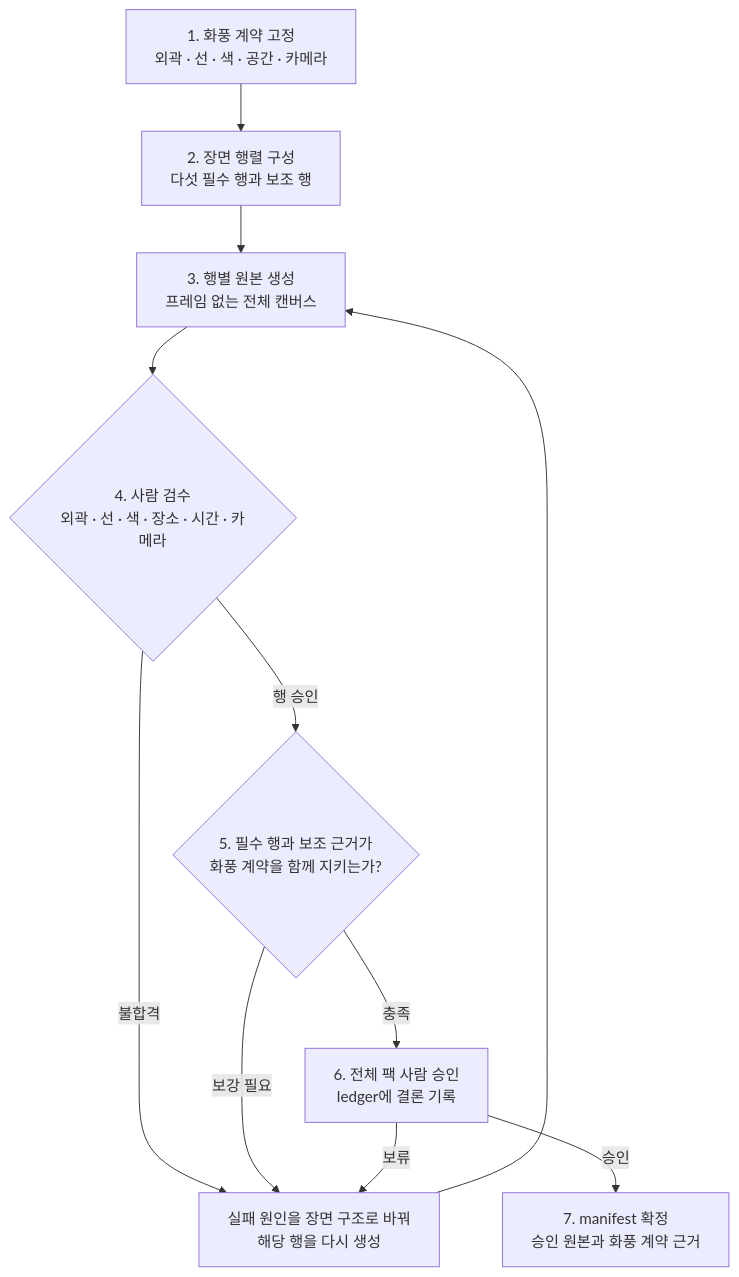
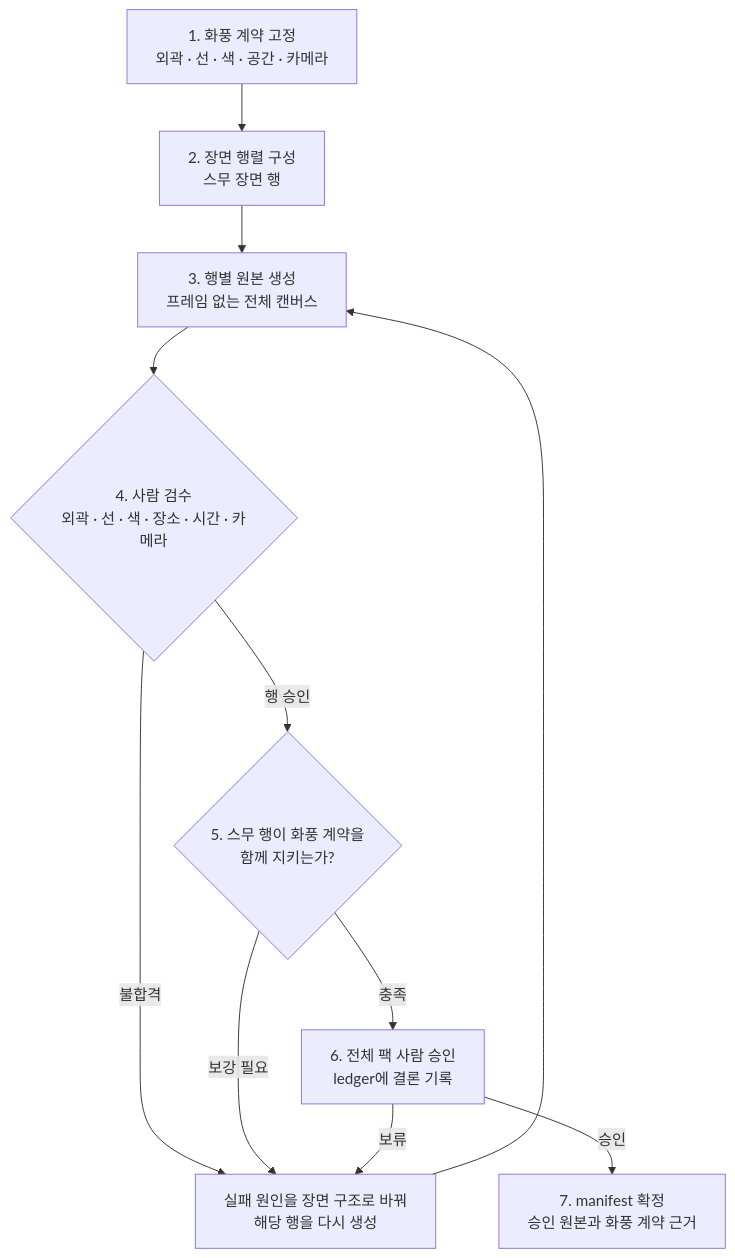
The diagram in docs/assets/part-07/chapter-05/p7-5-1-style-reference-pipeline-ko.mmd (devchan64/AiBook), drawn with Mermaid before and after one commit. The commit also changed 3 other files, not shown here.

Commit message:
Refine P7-5.1 style reference flow

```diff
--- a/docs/assets/part-07/chapter-05/p7-5-1-style-reference-pipeline-ko.mmd
+++ b/docs/assets/part-07/chapter-05/p7-5-1-style-reference-pipeline-ko.mmd
@@ -1,17 +1,17 @@
 flowchart TD
   contract["1. 화풍 계약 고정<br/>외곽 · 선 · 색 · 공간 · 카메라"]
-  matrix["2. 장면 행렬 구성<br/>다섯 필수 행과 보조 행"]
+  matrix["2. 장면 행렬 구성<br/>스무 장면 행"]
   generate["3. 행별 원본 생성<br/>프레임 없는 전체 캔버스"]
   review{"4. 사람 검수<br/>외곽 · 선 · 색 · 장소 · 시간 · 카메라"}
   repair["실패 원인을 장면 구조로 바꿔<br/>해당 행을 다시 생성"]
-  coverage{"5. 필수 행과 보조 근거가<br/>화풍 계약을 함께 지키는가?"}
+  coverage{"5. 스무 행이 화풍 계약을<br/>함께 지키는가?"}
   pack["6. 전체 팩 사람 승인<br/>ledger에 결론 기록"]
   manifest["7. manifest 확정<br/>승인 원본과 화풍 계약 근거"]
 
   contract --> matrix --> generate --> review
   review -- 불합격 --> repair --> generate
   review -- 행 승인 --> coverage
   coverage -- 보강 필요 --> repair
   coverage -- 충족 --> pack
   pack -- 승인 --> manifest
   pack -- 보류 --> repair
```
